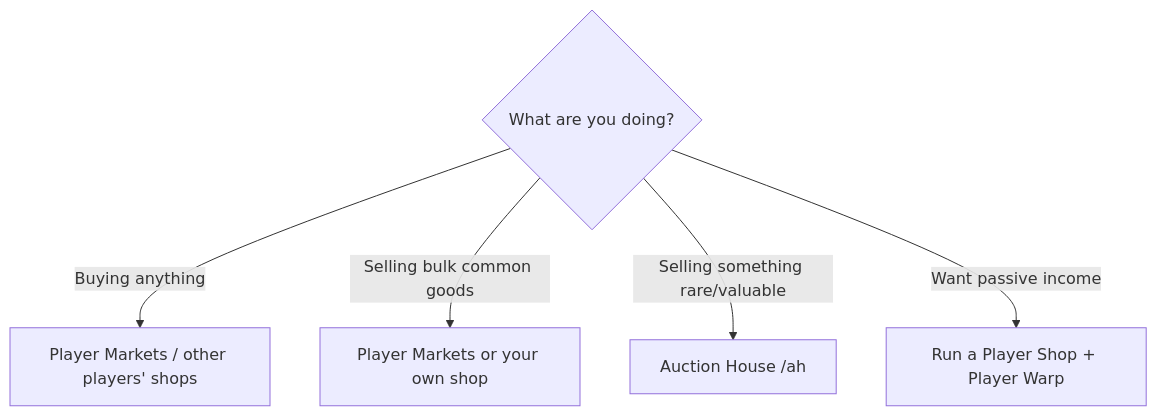
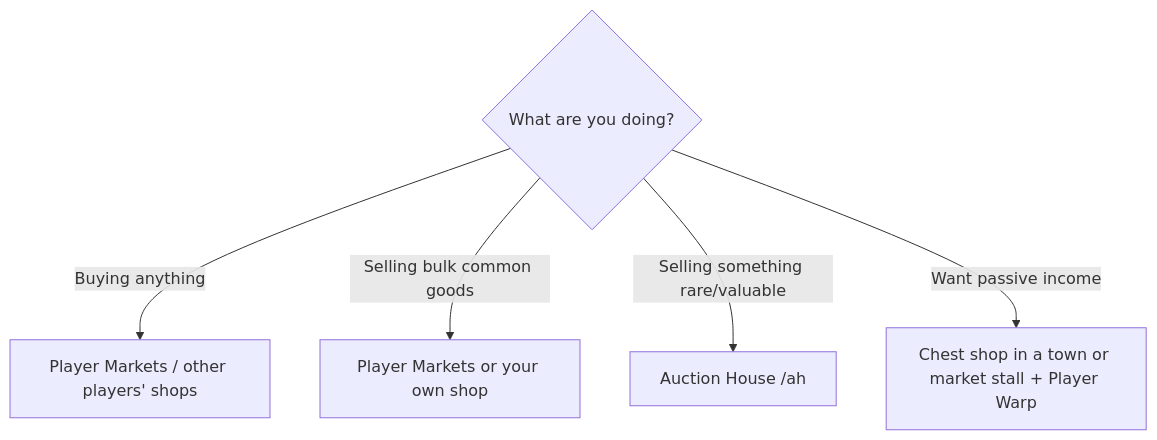
Before and after one commit to AntiS0ul/townify-docs: the diagram in docs/money/shops.md, drawn with Mermaid. The commit also changed other lines of this file and 33 other files, not shown here.

````diff
--- a/docs/money/shops.md
+++ b/docs/money/shops.md
@@ -64,8 +89,8 @@
 ```mermaid
 graph TD
     Q{What are you doing?}
     Q -->|Buying anything| A[Player Markets / other players' shops]
     Q -->|Selling bulk common goods| B[Player Markets or your own shop]
     Q -->|Selling something rare/valuable| C[Auction House /ah]
-    Q -->|Want passive income| D[Run a Player Shop + Player Warp]
+    Q -->|Want passive income| D[Chest shop in a town or market stall + Player Warp]
 ```
````
